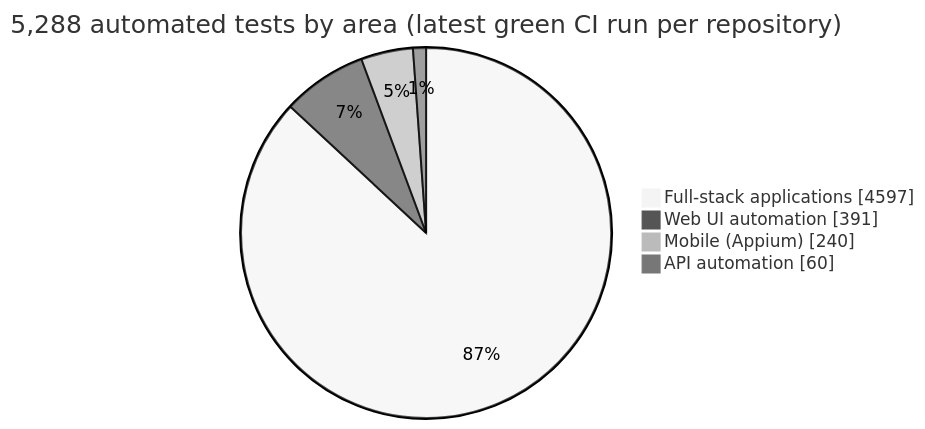
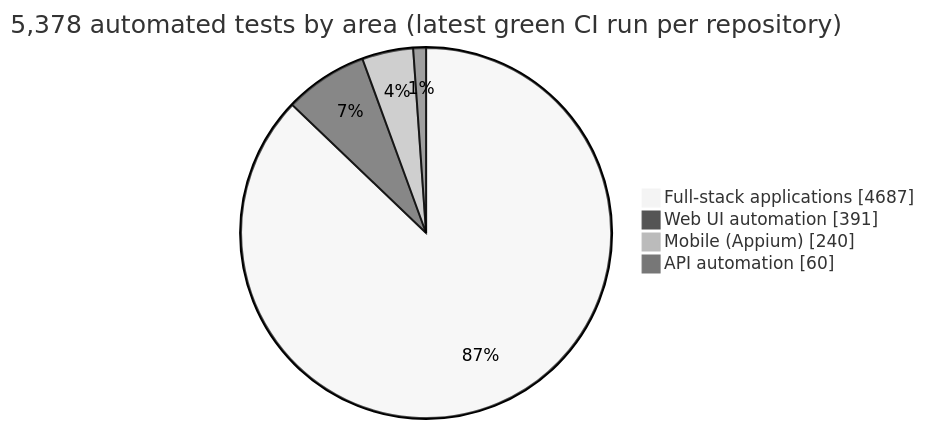
One commit to rbchy/ranajitchowdhury changed the third of 14 diagrams in README.md. Above: the diagram before and after it, drawn with Mermaid (neutral theme). The commit also changed other lines of this file and 3 other files, not shown here.

````diff
--- a/README.md
+++ b/README.md
@@ -91,8 +91,8 @@
 ```mermaid
 pie showData
-    title 5,288 automated tests by area (latest green CI run per repository)
-    "Full-stack applications" : 4597
+    title 5,378 automated tests by area (latest green CI run per repository)
+    "Full-stack applications" : 4687
     "Web UI automation" : 391
     "Mobile (Appium)" : 240
     "API automation" : 60
 ```
````
